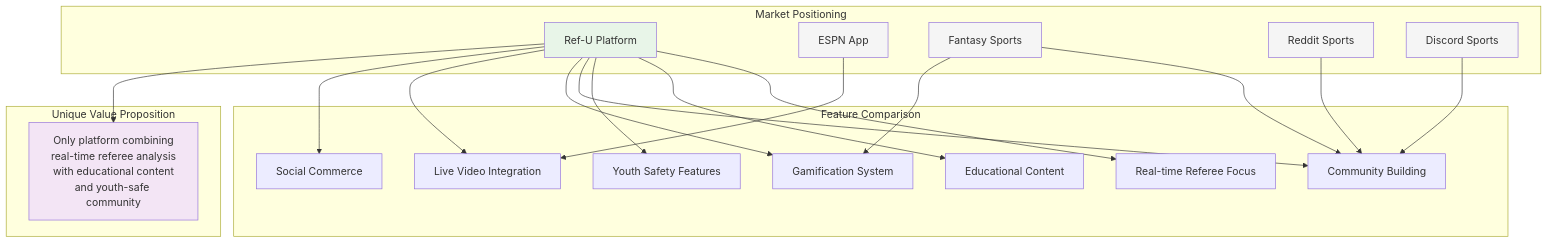
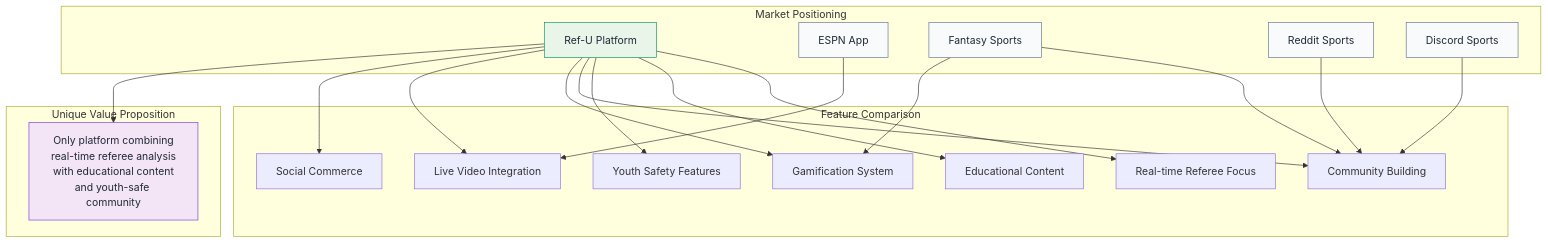
The seventh of 9 diagrams in docs/investor-flows.md (SkaFld-Ignite/ref-u-wireframes), drawn with Mermaid before and after one commit. The commit also changed other lines of this file and 1 other file, not shown here.

Commit message:
Enhanced Mermaid plugin configuration with professional theming and fixed Growth Strategy diagram

````diff
--- a/docs/investor-flows.md
+++ b/docs/investor-flows.md
@@ -287,47 +287,47 @@
 ```mermaid
 graph TB
     subgraph "Market Positioning"
         A[Ref-U Platform]
         B[ESPN App]
         C[Fantasy Sports]
         D[Reddit Sports]
         E[Discord Sports]
     end
     
     subgraph "Feature Comparison"
         F1[Real-time Referee Focus]
         F2[Educational Content]
         F3[Youth Safety Features]
         F4[Community Building]
         F5[Gamification System]
         F6[Live Video Integration]
         F7[Social Commerce]
     end
     
     A --> F1
     A --> F2
     A --> F3
     A --> F4
     A --> F5
     A --> F6
     A --> F7
     
     B --> F6
     C --> F4
     C --> F5
     D --> F4
     E --> F4
     
     subgraph "Unique Value Proposition"
         G[Only platform combining<br/>real-time referee analysis<br/>with educational content<br/>and youth-safe community]
     end
     
     A --> G
     
-    style A fill:#e8f5e8
-    style B fill:#f5f5f5
-    style C fill:#f5f5f5
-    style D fill:#f5f5f5
-    style E fill:#f5f5f5
-    style G fill:#f3e5f5
+    style A fill:#e8f5e8,stroke:#059669,color:#1f2937
+    style B fill:#f8fafc,stroke:#64748b,color:#1f2937
+    style C fill:#f8fafc,stroke:#64748b,color:#1f2937
+    style D fill:#f8fafc,stroke:#64748b,color:#1f2937
+    style E fill:#f8fafc,stroke:#64748b,color:#1f2937
+    style G fill:#f3e5f5,stroke:#7c3aed,color:#1f2937
 ```
````
